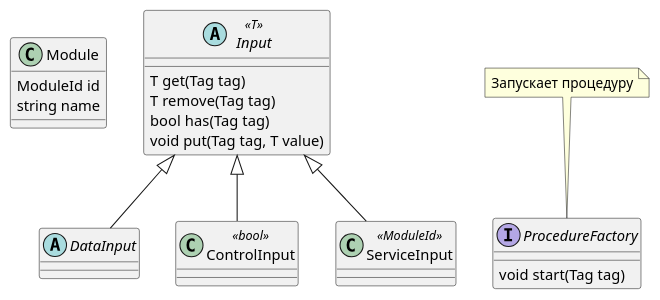
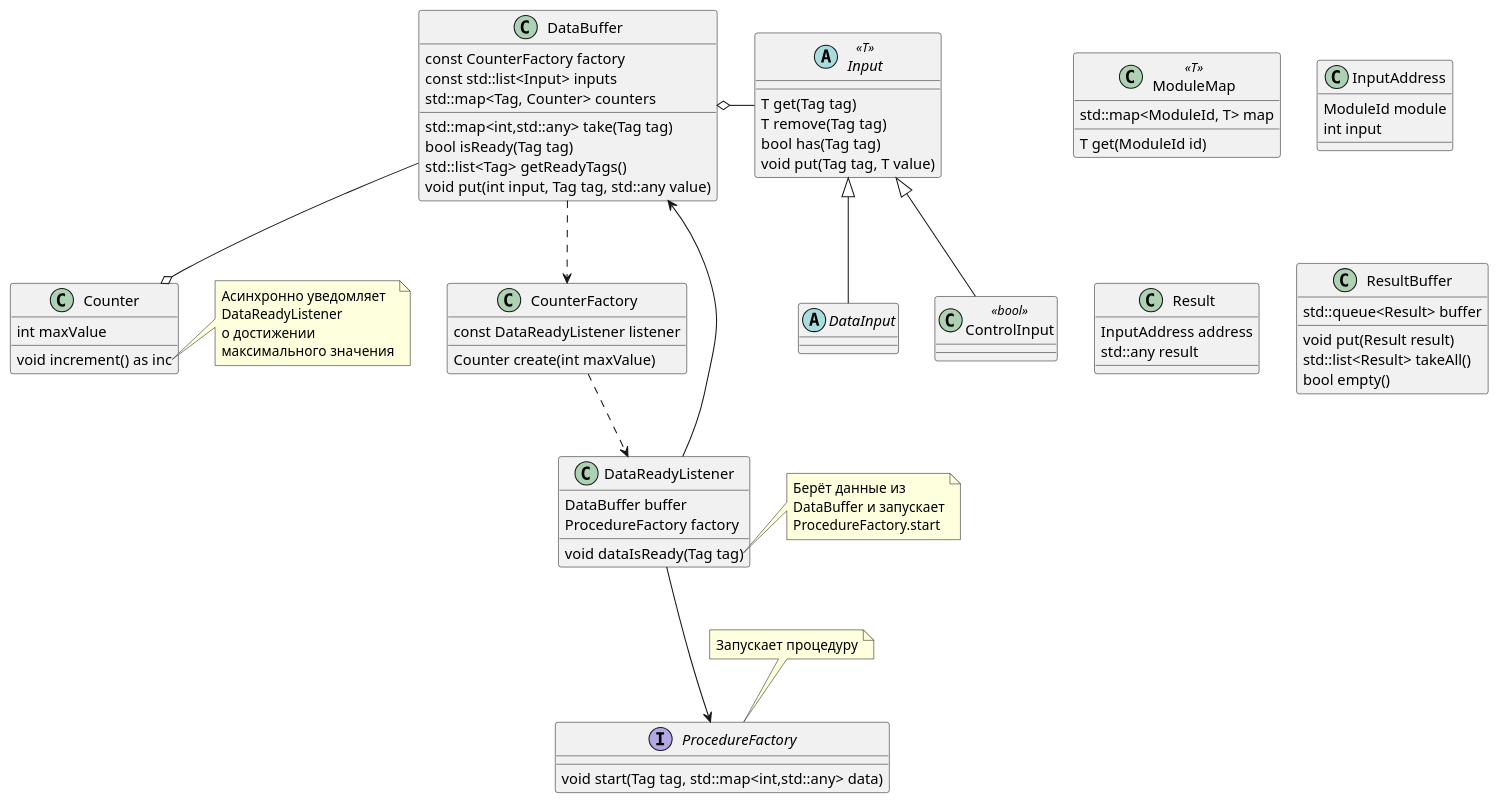
Before and after one commit to goto1134/graph-scheme-cpp: the diagram in graph-scheme.puml, drawn with PlantUML. The commit also changed other lines of this file and 1 other file, not shown here.

Commit message:
Update class diagram

```diff
--- a/graph-scheme.puml
+++ b/graph-scheme.puml
@@ -1,31 +1,90 @@
 @startuml
-
-class Module {
-    ModuleId id
-    string name
-}
 
 abstract class Input << T >> {
     T get(Tag tag)
     T remove(Tag tag)
     bool has(Tag tag)
     void put(Tag tag, T value)
 }
 
 abstract class DataInput
 
 class ControlInput << bool >>
-class ServiceInput << ModuleId >>
+
+class DataBuffer {
+    const CounterFactory factory
+    const std::list<Input> inputs
+    std::map<Tag, Counter> counters
+    std::map<int,std::any> take(Tag tag)
+    bool isReady(Tag tag)
+    std::list<Tag> getReadyTags()
+    void put(int input, Tag tag, std::any value)
+}
+
+DataBuffer -.> CounterFactory
+DataBuffer --o Counter
+CounterFactory .-> DataReadyListener
+
+class CounterFactory {
+    const DataReadyListener listener
+    Counter create(int maxValue)
+}
+
+class Counter {
+    int maxValue
+    void increment() as inc
+}
+note right of Counter::increment
+ Асинхронно уведомляет
+ DataReadyListener
+ о достижении
+ максимального значения
+end note
 
 Input <|-- DataInput
 Input <|-- ControlInput
-Input <|-- ServiceInput
 
+DataBuffer o- Input
+
+DataReadyListener ---> ProcedureFactory
+DataReadyListener ---> DataBuffer
+
+class DataReadyListener {
+    DataBuffer buffer
+    ProcedureFactory factory
+    void dataIsReady(Tag tag)
+}
+note right of DataReadyListener::dataIsReady
+    Берёт данные из
+    DataBuffer и запускает
+    ProcedureFactory.start
+end note
 
 interface ProcedureFactory {
-    void start(Tag tag)
+    void start(Tag tag, std::map<int,std::any> data)
 }
 note top: Запускает процедуру
 
+class ModuleMap << T >>{
+    std::map<ModuleId, T> map
+    T get(ModuleId id)
+}
+
+class InputAddress {
+    ModuleId module
+    int input
+}
+
+class Result {
+    InputAddress address
+    std::any result
+}
+
+class ResultBuffer {
+    std::queue<Result> buffer
+    void put(Result result)
+    std::list<Result> takeAll()
+    bool empty()
+}
 
 @enduml
```
